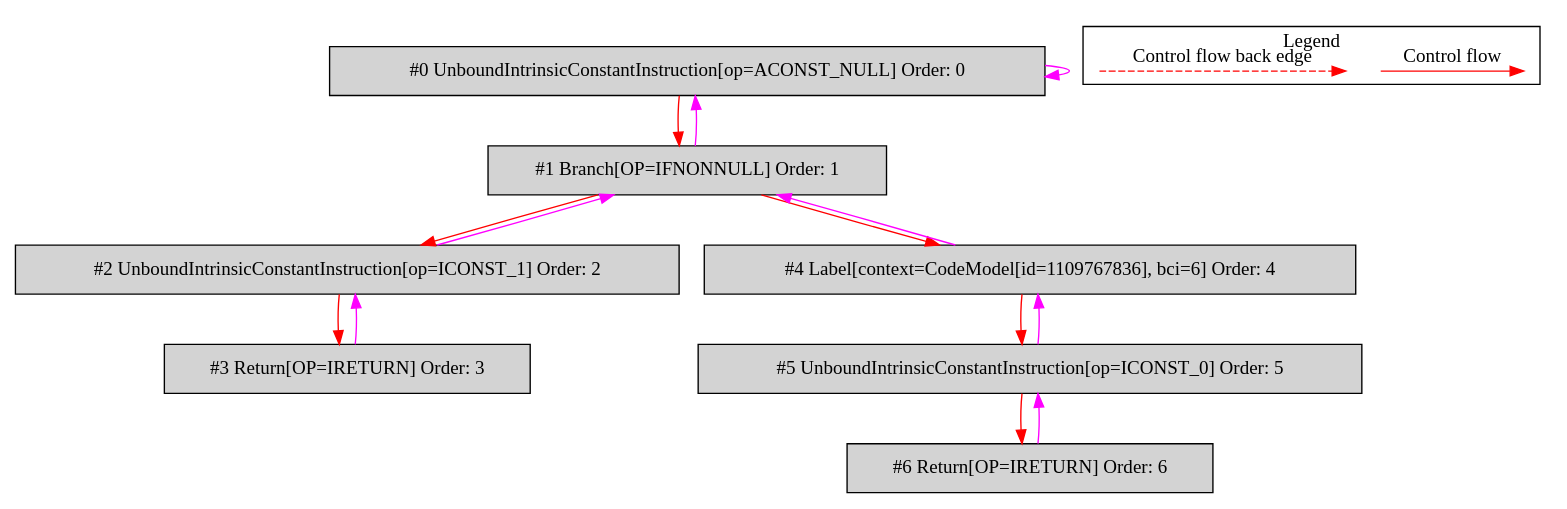
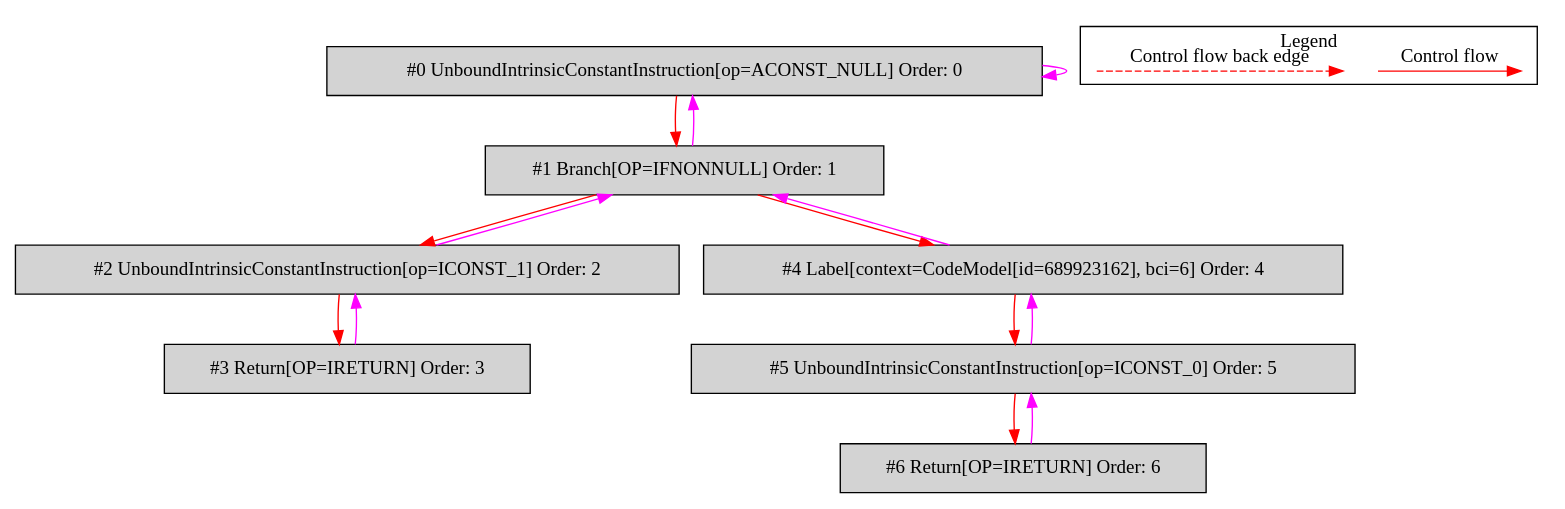
One commit to mirkosertic/MetaIR changed the diagram in de.mirkosertic.metair.ir.OpcodeIFNONNULLTest/test_IFNONNULL/bytecodecfg.dot. Above: the diagram before and after it, drawn with Graphviz. The commit also changed 722 other files, not shown here.

```diff
--- a/de.mirkosertic.metair.ir.OpcodeIFNONNULLTest/test_IFNONNULL/bytecodecfg.dot
+++ b/de.mirkosertic.metair.ir.OpcodeIFNONNULLTest/test_IFNONNULL/bytecodecfg.dot
@@ -1,37 +1,37 @@
 digraph {
  ordering="in";
  node0[label="#0 UnboundIntrinsicConstantInstruction[op=ACONST_NULL] Order: 0", shape=box, fillcolor=lightgrey, style=filled];
  node1[label="#1 Branch[OP=IFNONNULL] Order: 1", shape=box, fillcolor=lightgrey, style=filled];
  node2[label="#2 UnboundIntrinsicConstantInstruction[op=ICONST_1] Order: 2", shape=box, fillcolor=lightgrey, style=filled];
  node3[label="#3 Return[OP=IRETURN] Order: 3", shape=box, fillcolor=lightgrey, style=filled];
- node4[label="#4 Label[context=CodeModel[id=1109767836], bci=6] Order: 4", shape=box, fillcolor=lightgrey, style=filled];
+ node4[label="#4 Label[context=CodeModel[id=689923162], bci=6] Order: 4", shape=box, fillcolor=lightgrey, style=filled];
  node5[label="#5 UnboundIntrinsicConstantInstruction[op=ICONST_0] Order: 5", shape=box, fillcolor=lightgrey, style=filled];
  node6[label="#6 Return[OP=IRETURN] Order: 6", shape=box, fillcolor=lightgrey, style=filled];
  node0 -> node0[color=fuchsia];
  node0 -> node1[color=red];
  node1 -> node0[color=fuchsia];
  node1 -> node2[color=red];
  node2 -> node1[color=fuchsia];
  node2 -> node3[color=red];
  node3 -> node2[color=fuchsia];
  node1 -> node4[color=red];
  node4 -> node1[color=fuchsia];
  node4 -> node5[color=red];
  node5 -> node4[color=fuchsia];
  node5 -> node6[color=red];
  node6 -> node5[color=fuchsia];
  subgraph cluster_000 {
   label = "Legend";
   node [shape=point]
   {
    rank=same;
    c0 [style = invis];
    c1 [style = invis];
    c2 [style = invis];
    c3 [style = invis];
   }
   c0 -> c1 [label="Control flow", style=solid, color=red]
   c2 -> c3 [label="Control flow back edge", style=dashed, color=red]
  }
 
 }
```
